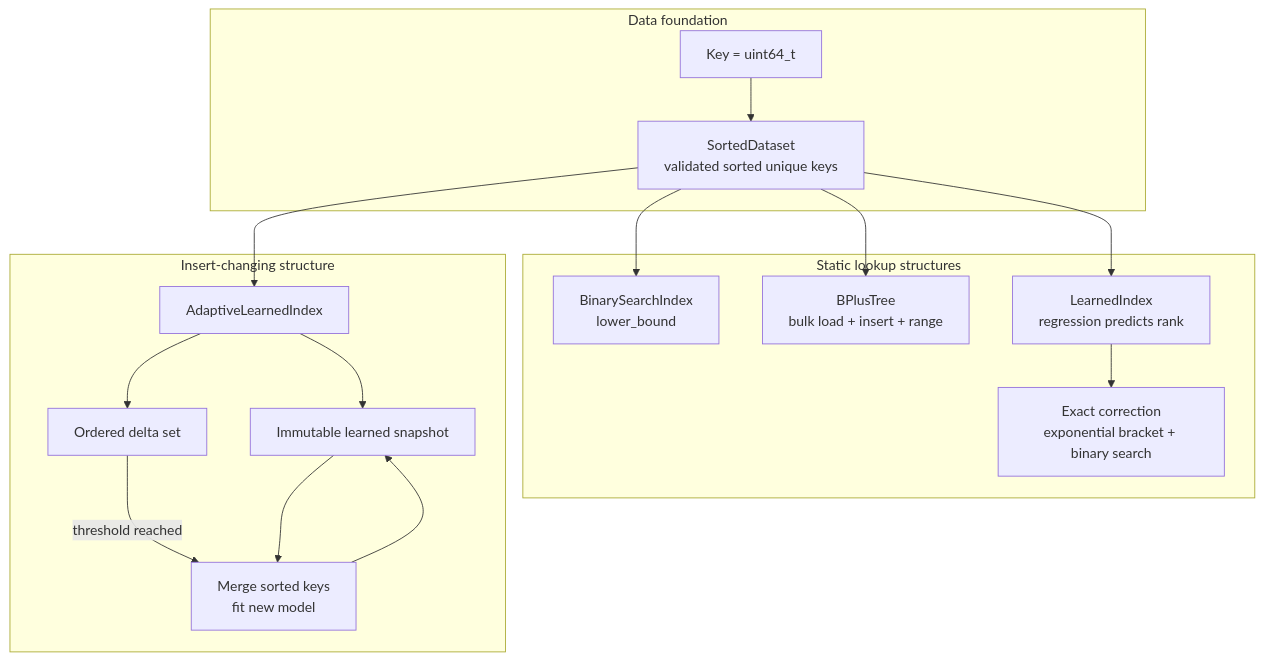
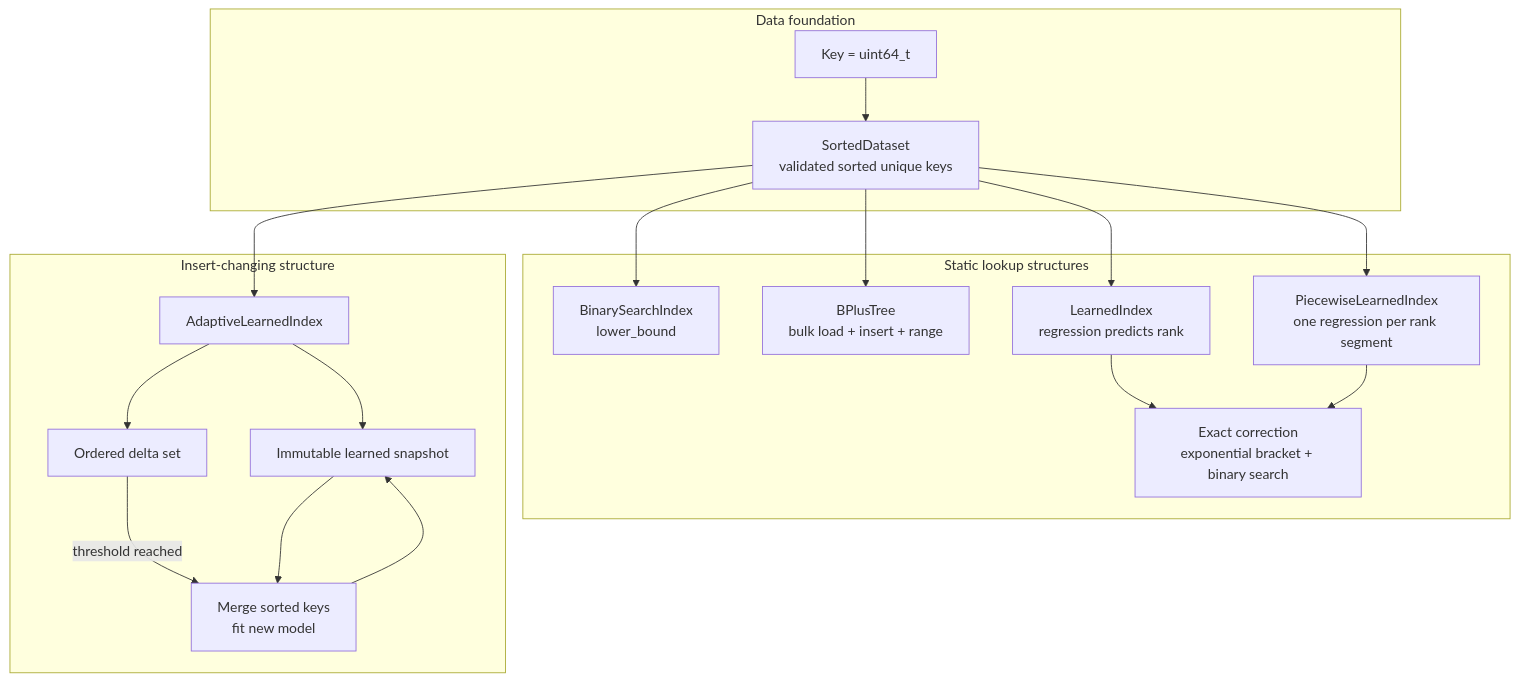
The first of 3 diagrams in docs/architecture.md (ratneshsingh-dul/concurrent-learned-index), drawn with Mermaid before and after one commit. The commit also changed other lines of this file and 7 other files, not shown here.

Commit message:
Record piecewise learned-index trial

````diff
--- a/docs/architecture.md
+++ b/docs/architecture.md
@@ -10,30 +10,33 @@
 ```mermaid
 flowchart TB
     subgraph Data[Data foundation]
       K[Key = uint64_t]
       SD[SortedDataset<br/>validated sorted unique keys]
     end
     subgraph Static[Static lookup structures]
       BS[BinarySearchIndex<br/>lower_bound]
       BT[BPlusTree<br/>bulk load + insert + range]
       LI[LearnedIndex<br/>regression predicts rank]
+      PLI[PiecewiseLearnedIndex<br/>one regression per rank segment]
       EC[Exact correction<br/>exponential bracket + binary search]
     end
     subgraph Mutable[Insert-changing structure]
       ALI[AdaptiveLearnedIndex]
       BASE[Immutable learned snapshot]
       DELTA[Ordered delta set]
       MERGE[Merge sorted keys<br/>fit new model]
     end
     K --> SD
     SD --> BS
     SD --> BT
     SD --> LI
     LI --> EC
+    SD --> PLI
+    PLI --> EC
     SD --> ALI
     ALI --> BASE
     ALI --> DELTA
     DELTA -->|threshold reached| MERGE
     BASE --> MERGE
     MERGE --> BASE
 ```
````
